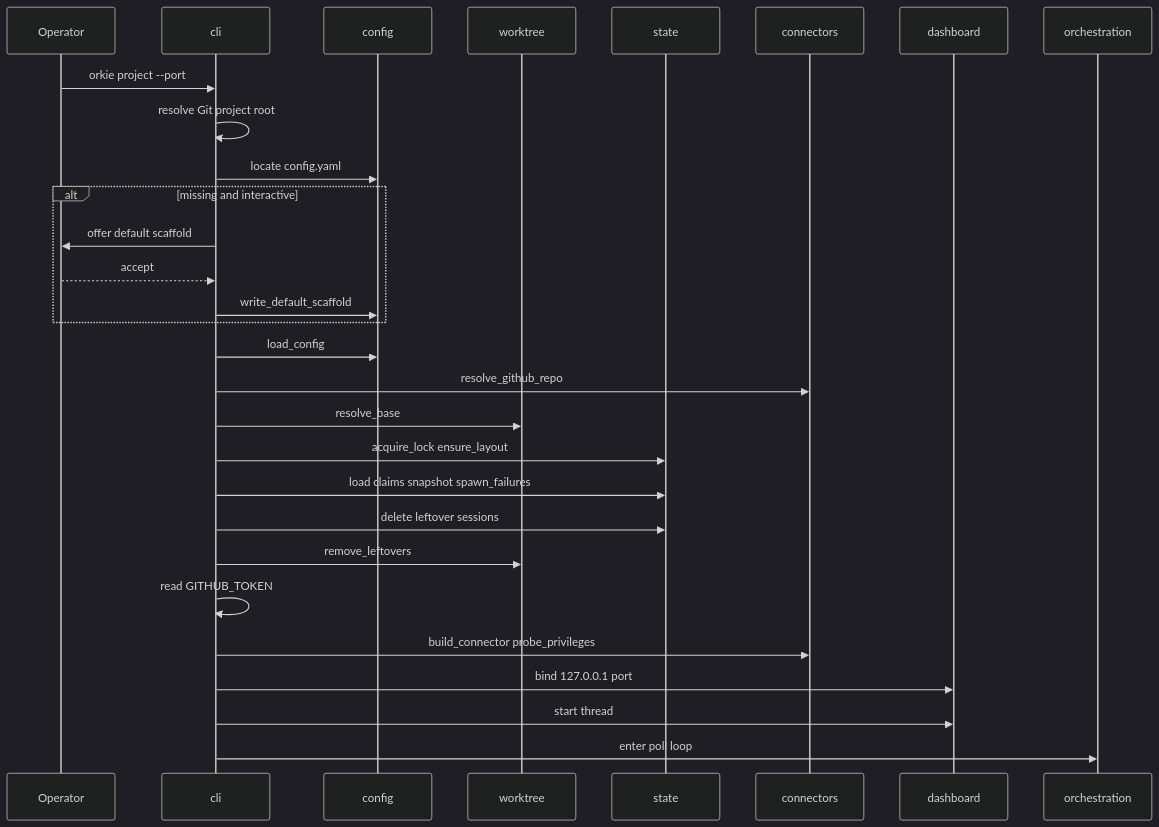
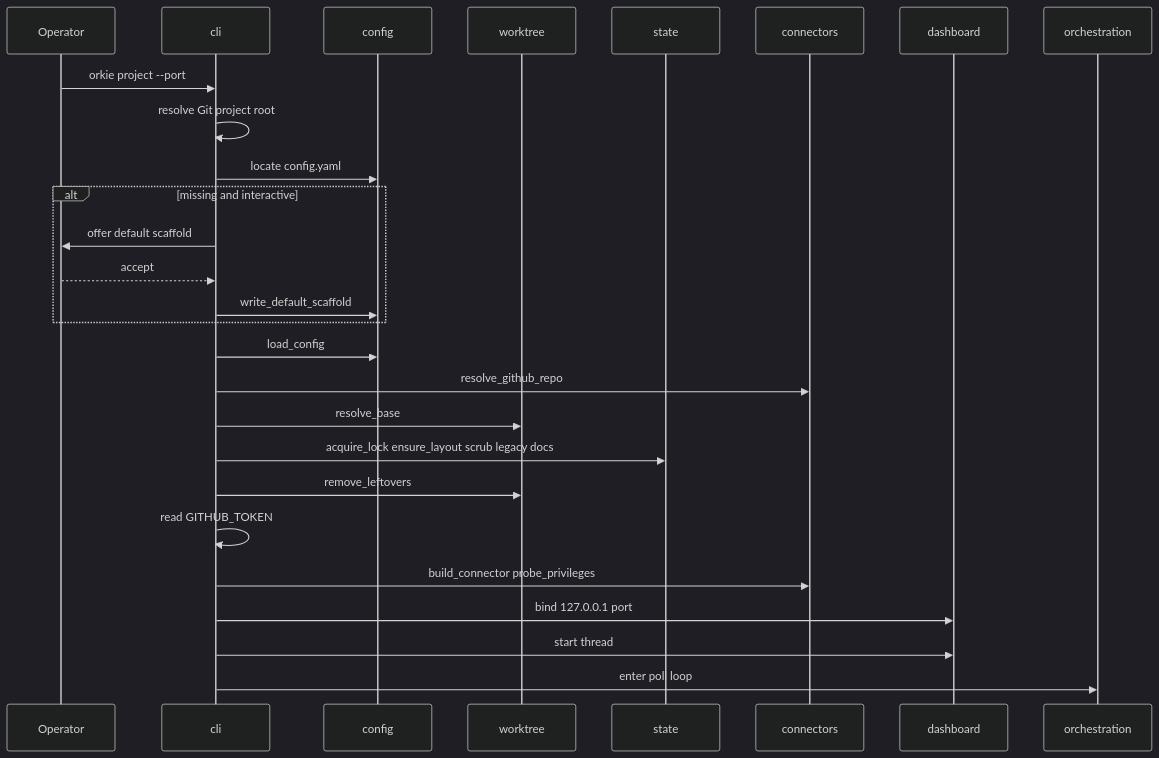
One commit to waigore/orkie changed the first of 6 diagrams in spec/design/sequences.md. Above: the diagram before and after it, drawn with Mermaid (dark theme). The commit also changed other lines of this file and 36 other files, not shown here.

````diff
--- a/spec/design/sequences.md
+++ b/spec/design/sequences.md
@@ -15,32 +15,30 @@
 ```mermaid
 sequenceDiagram
   participant Op as Operator
   participant CLI as cli
   participant Cfg as config
   participant Wt as worktree
   participant St as state
   participant Conn as connectors
   participant Dash as dashboard
   participant Orch as orchestration
 
   Op->>CLI: orkie project --port
   CLI->>CLI: resolve Git project root
   CLI->>Cfg: locate config.yaml
   alt missing and interactive
     CLI->>Op: offer default scaffold
     Op-->>CLI: accept
     CLI->>Cfg: write_default_scaffold
   end
   CLI->>Cfg: load_config
   CLI->>Conn: resolve_github_repo
   CLI->>Wt: resolve_base
-  CLI->>St: acquire_lock ensure_layout
-  CLI->>St: load claims snapshot spawn_failures
-  CLI->>St: delete leftover sessions
+  CLI->>St: acquire_lock ensure_layout scrub legacy docs
   CLI->>Wt: remove_leftovers
   CLI->>CLI: read GITHUB_TOKEN
   CLI->>Conn: build_connector probe_privileges
   CLI->>Dash: bind 127.0.0.1 port
   CLI->>Dash: start thread
   CLI->>Orch: enter poll loop
 ```
````
